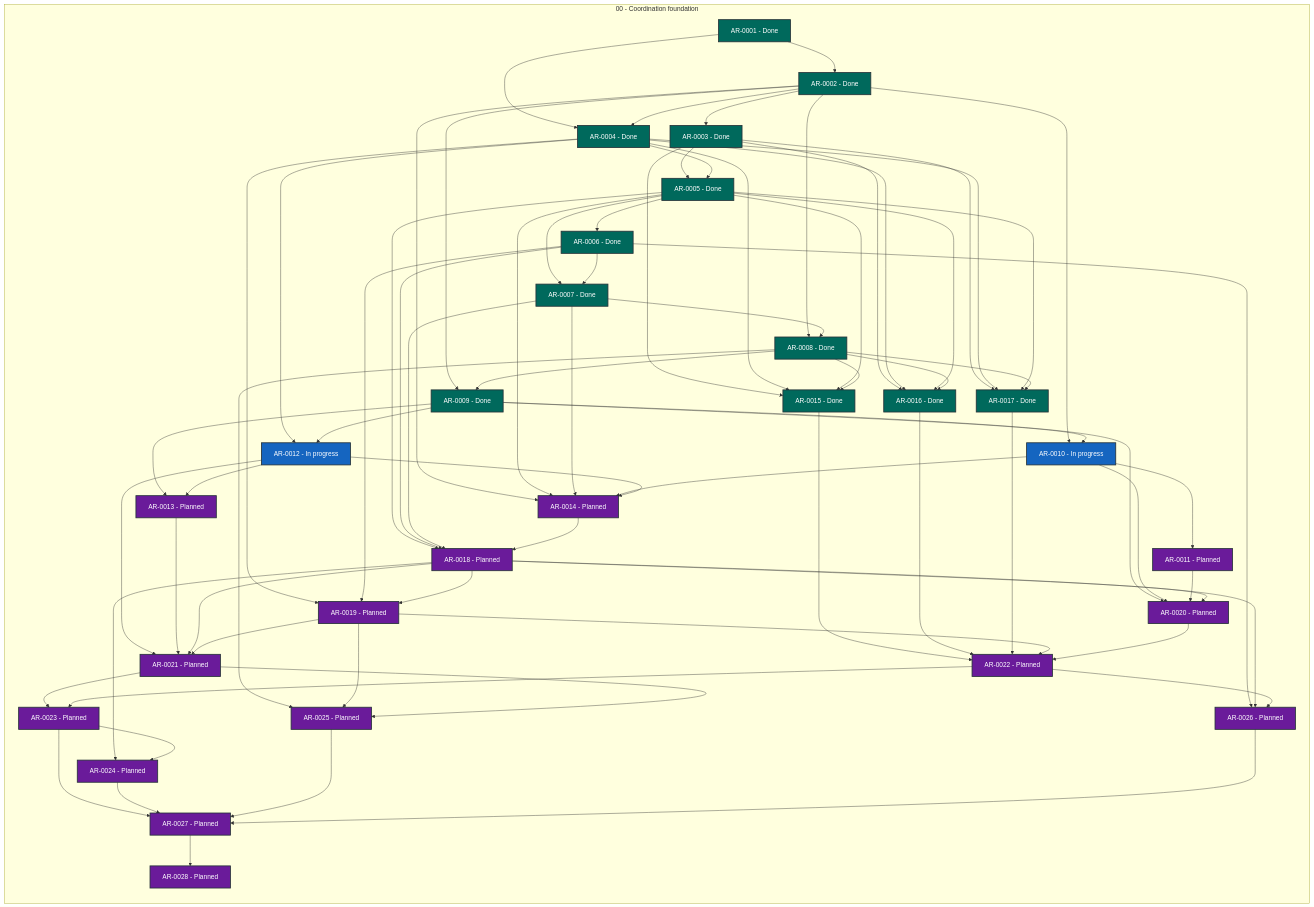
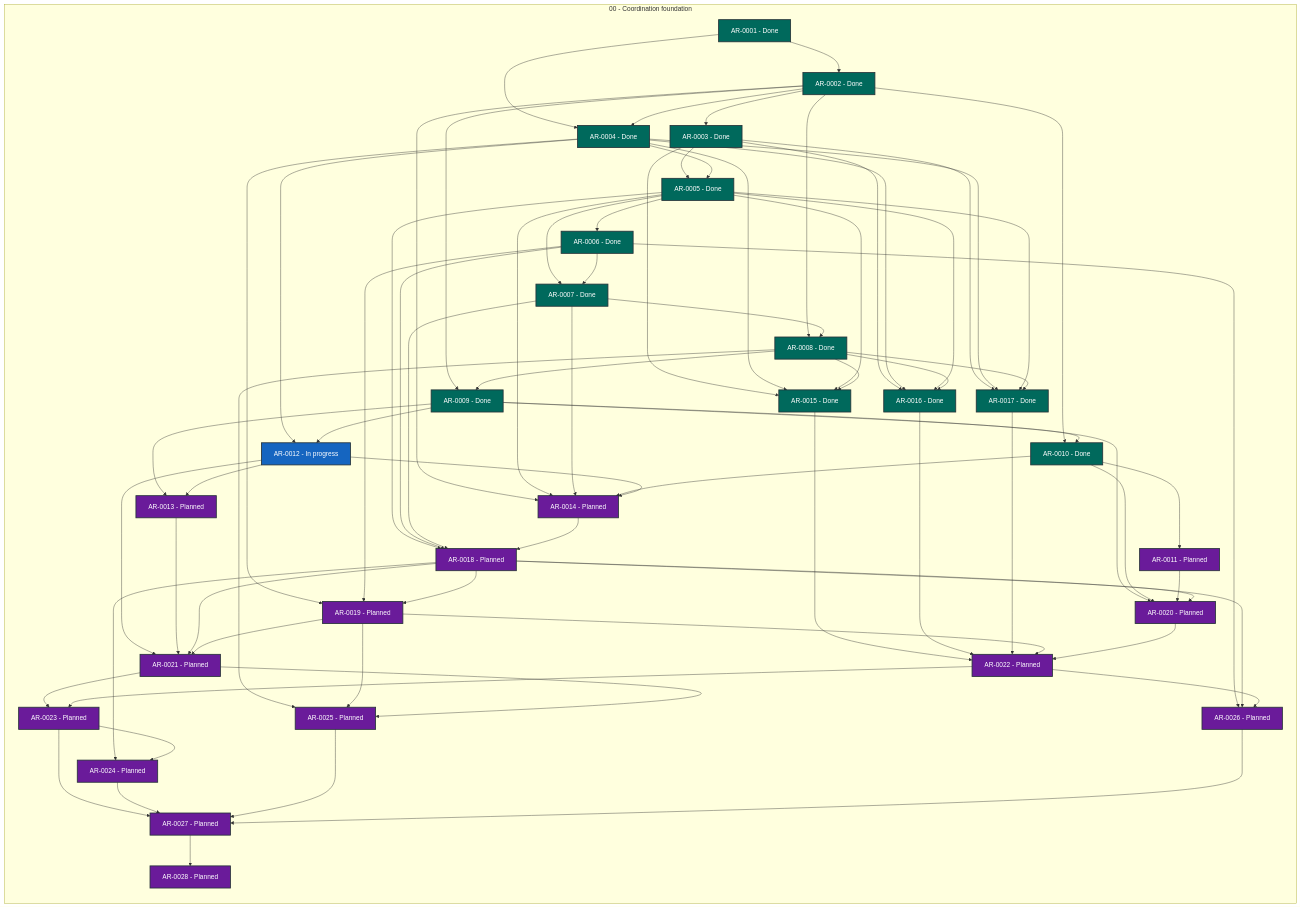
Before and after one commit to martin-beck/agent-workflow-runtime-state: the diagram in STATUS.md, drawn with Mermaid. The commit also changed other lines of this file and 2 other files, not shown here.

```diff
--- a/STATUS.md
+++ b/STATUS.md
@@ -37,7 +37,7 @@
         AR_0007["AR-0007 - Done"]:::status_done
         AR_0008["AR-0008 - Done"]:::status_done
         AR_0009["AR-0009 - Done"]:::status_done
-        AR_0010["AR-0010 - In progress"]:::status_in_progress
+        AR_0010["AR-0010 - Done"]:::status_done
         AR_0011["AR-0011 - Planned"]:::status_planned
         AR_0012["AR-0012 - In progress"]:::status_in_progress
         AR_0013["AR-0013 - Planned"]:::status_planned
```
